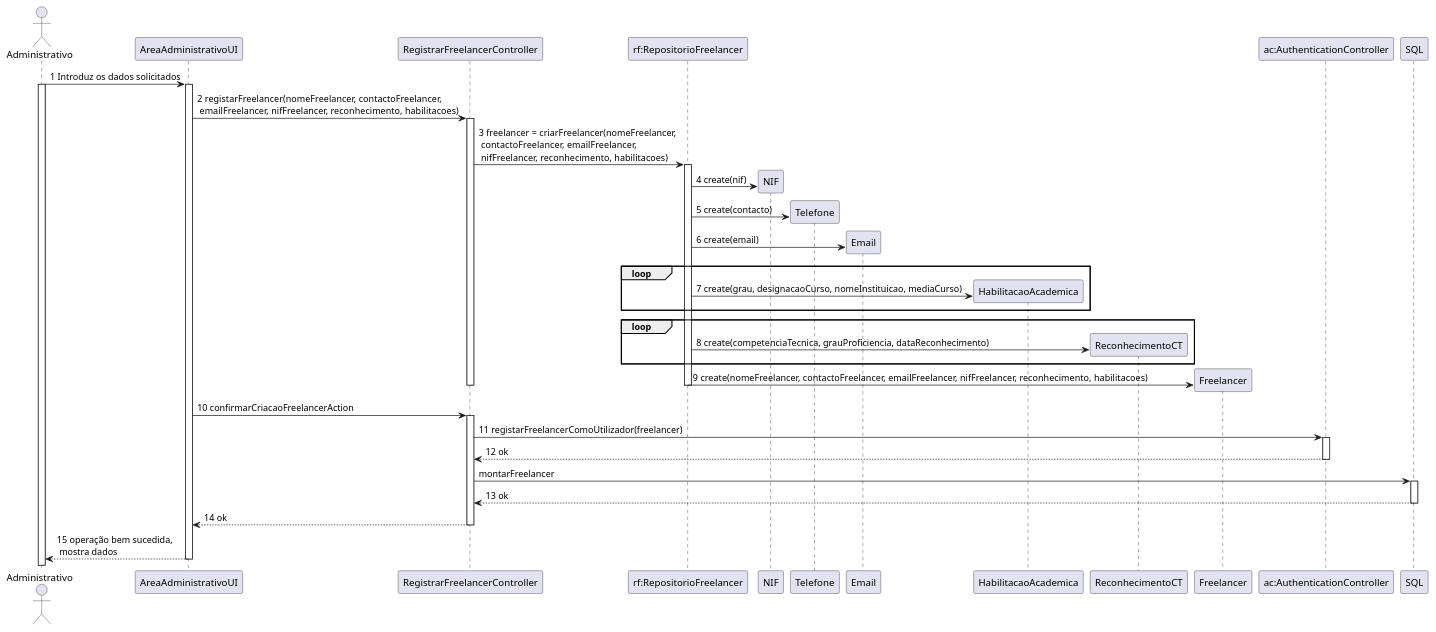
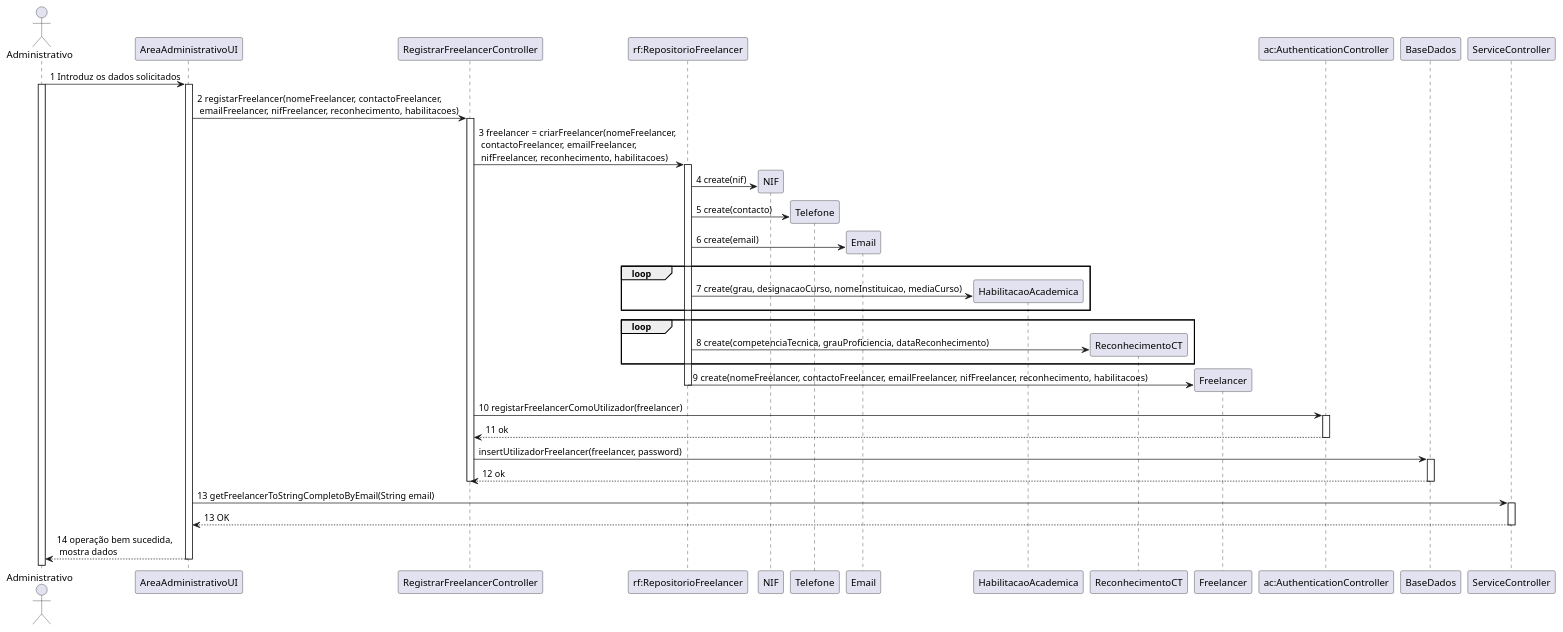
One commit to pedro-miguez/upskill_java1_labprg_grupo3 changed the diagram in Análise/UC7_Registar_Freelancer/UC7_SD/UC7_SD.plantuml. Above: the diagram before and after it, drawn with PlantUML. The commit also changed 3 other files, not shown here.

```diff
--- a/Análise/UC7_Registar_Freelancer/UC7_SD/UC7_SD.plantuml
+++ b/Análise/UC7_Registar_Freelancer/UC7_SD/UC7_SD.plantuml
@@ -1,36 +1,36 @@
 @startuml 
 actor Administrativo as Administrativo
 Administrativo -> "AreaAdministrativoUI" : 1 Introduz os dados solicitados
 activate Administrativo
 activate "AreaAdministrativoUI"
 "AreaAdministrativoUI" -> "RegistrarFreelancerController" : 2 registarFreelancer(nomeFreelancer, contactoFreelancer,\n emailFreelancer, nifFreelancer, reconhecimento, habilitacoes)
 activate "RegistrarFreelancerController"
 "RegistrarFreelancerController" -> "rf:RepositorioFreelancer" : 3 freelancer = criarFreelancer(nomeFreelancer,\n contactoFreelancer, emailFreelancer,\n nifFreelancer, reconhecimento, habilitacoes)
 activate "rf:RepositorioFreelancer"
 "rf:RepositorioFreelancer" -> NIF ** : 4 create(nif)
 "rf:RepositorioFreelancer" -> Telefone ** : 5 create(contacto)
 "rf:RepositorioFreelancer" -> Email ** : 6 create(email)
 group loop
 "rf:RepositorioFreelancer" -> HabilitacaoAcademica ** : 7 create(grau, designacaoCurso, nomeInstituicao, mediaCurso)
 end
 group loop
     "rf:RepositorioFreelancer" -> ReconhecimentoCT ** : 8 create(competenciaTecnica, grauProficiencia, dataReconhecimento)
 end
 "rf:RepositorioFreelancer" -> Freelancer ** : 9 create(nomeFreelancer, contactoFreelancer, emailFreelancer, nifFreelancer, reconhecimento, habilitacoes)
 deactivate "rf:RepositorioFreelancer"
+"RegistrarFreelancerController" -> "ac:AuthenticationController" : 10 registarFreelancerComoUtilizador(freelancer)
+activate "ac:AuthenticationController"
+"RegistrarFreelancerController" <-- "ac:AuthenticationController" : 11 ok
+deactivate "ac:AuthenticationController"
+"RegistrarFreelancerController" -> "BaseDados" : insertUtilizadorFreelancer(freelancer, password)
+activate "BaseDados"
+"RegistrarFreelancerController" <-- "BaseDados" : 12 ok
+deactivate "BaseDados"
 deactivate "RegistrarFreelancerController"
-"AreaAdministrativoUI" -> RegistrarFreelancerController : 10 confirmarCriacaoFreelancerAction
-activate RegistrarFreelancerController
-"RegistrarFreelancerController" -> "ac:AuthenticationController" : 11 registarFreelancerComoUtilizador(freelancer)
-activate "ac:AuthenticationController"
-"RegistrarFreelancerController" <-- "ac:AuthenticationController" : 12 ok
-deactivate "ac:AuthenticationController"
-"RegistrarFreelancerController" -> "SQL" : montarFreelancer
-activate "SQL"
-"RegistrarFreelancerController" <-- "SQL" : 13 ok
-deactivate "SQL"
-RegistrarFreelancerController --> AreaAdministrativoUI : 14 ok
-deactivate "RegistrarFreelancerController"
-"AreaAdministrativoUI" --> Administrativo : 15 operação bem sucedida, \n mostra dados
+AreaAdministrativoUI -> ServiceController : 13 getFreelancerToStringCompletoByEmail(String email)
+activate ServiceController
+ServiceController --> AreaAdministrativoUI : 13 OK
+deactivate ServiceController
+"AreaAdministrativoUI" --> Administrativo : 14 operação bem sucedida, \n mostra dados
 deactivate "AreaAdministrativoUI"
 @enduml
```
